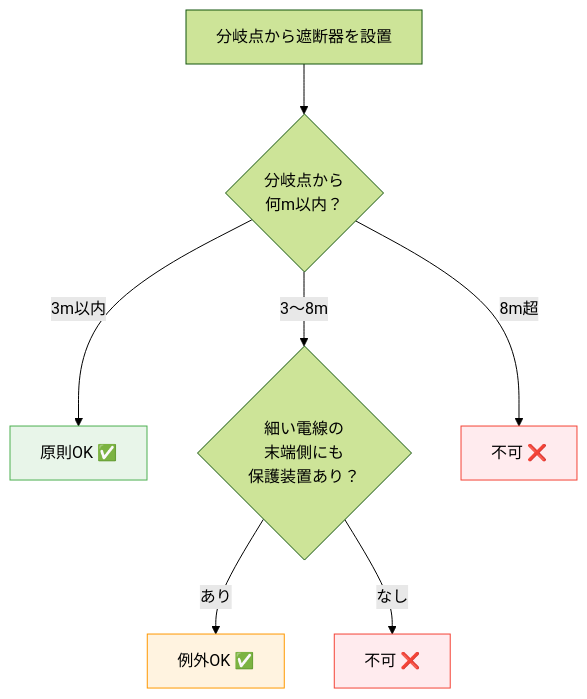
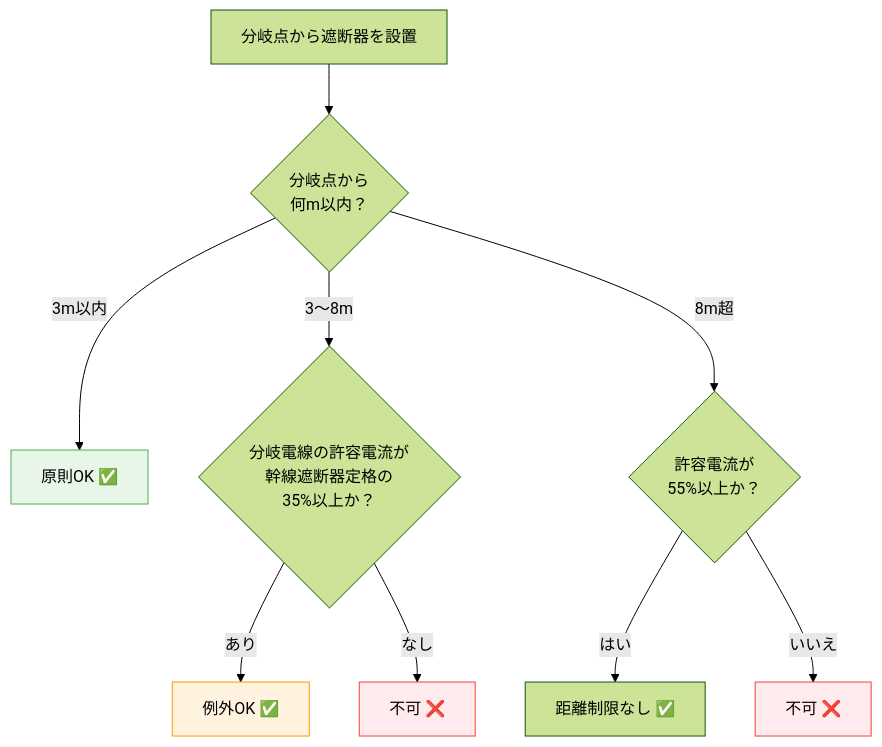
Before and after one commit to kfurufuru/denken-wiki: the diagram in docs/articles/kijun/63.md, drawn with Mermaid (forest theme). The commit also changed other lines of this file, not shown here.

````diff
--- a/docs/articles/kijun/63.md
+++ b/docs/articles/kijun/63.md
@@ -135,14 +137,16 @@
 ```mermaid
 flowchart TD
     START["分岐点から遮断器を設置"] --> Q1{"分岐点から<br/>何m以内？"}
     Q1 -->|"3m以内"| OK1["原則OK ✅"]
-    Q1 -->|"3〜8m"| Q2{"細い電線の<br/>末端側にも<br/>保護装置あり？"}
+    Q1 -->|"3〜8m"| Q2{"分岐電線の許容電流が<br/>幹線遮断器定格の<br/>35%以上か？"}
     Q2 -->|"あり"| OK2["例外OK ✅"]
     Q2 -->|"なし"| NG["不可 ❌"]
-    Q1 -->|"8m超"| NG2["不可 ❌"]
+    Q1 -->|"8m超"| Q3{"許容電流が<br/>55%以上か？"}
+    Q3 -->|"はい"| OK3["距離制限なし ✅"]
+    Q3 -->|"いいえ"| NG2["不可 ❌"]
 
     style OK1 fill:#e8f5e9,stroke:#4caf50
     style OK2 fill:#fff3e0,stroke:#ff9800
     style NG fill:#ffebee,stroke:#f44336
     style NG2 fill:#ffebee,stroke:#f44336
 ```
````
